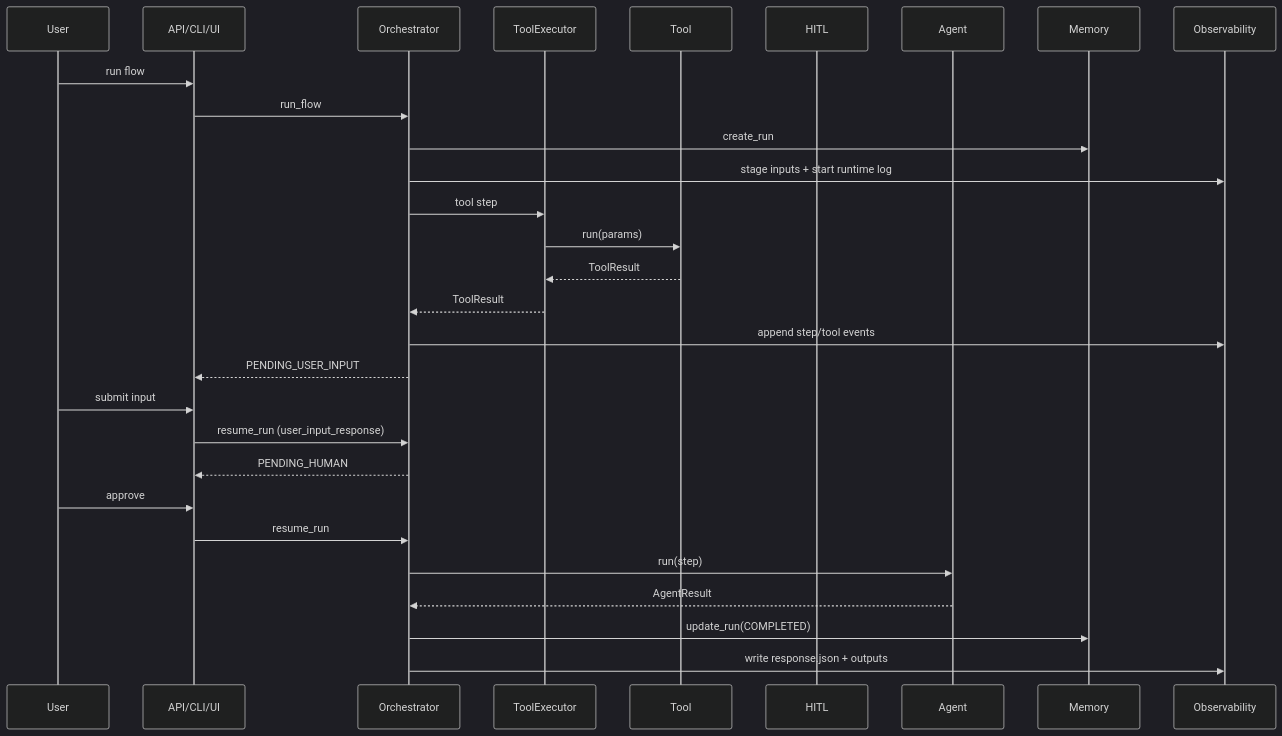
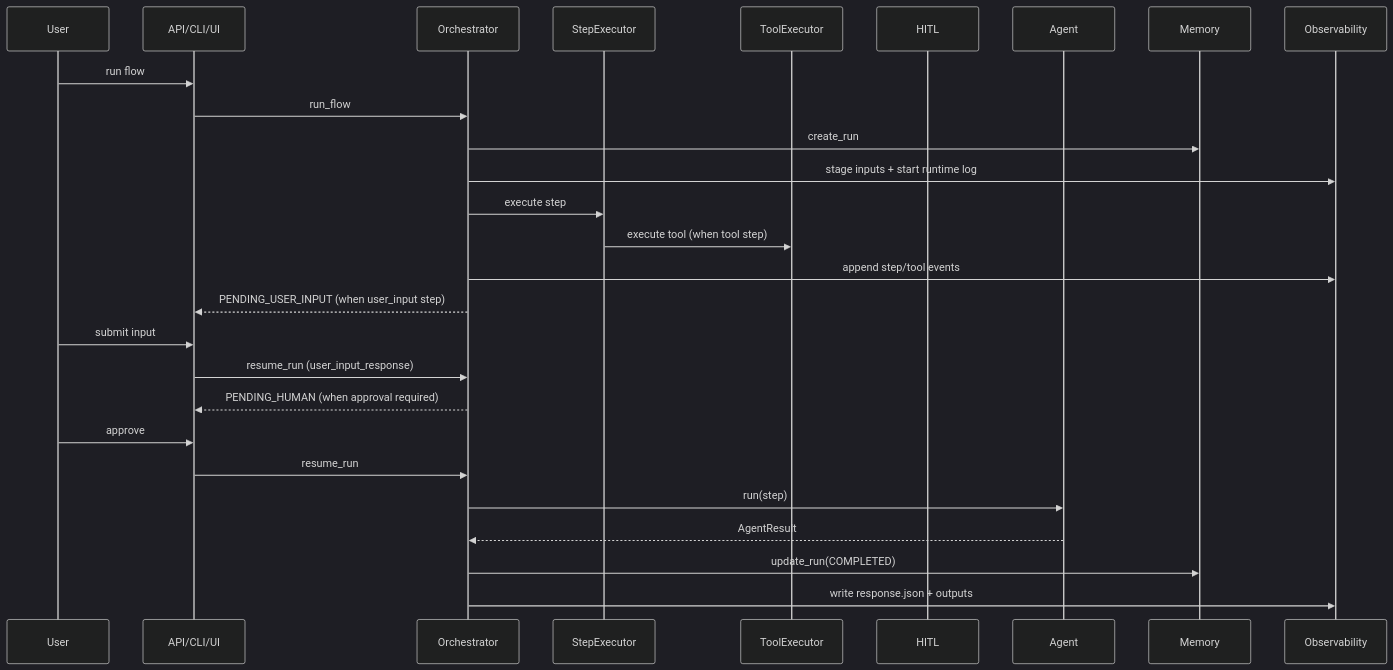
One commit to chethanp11/master changed the second of 5 diagrams in docs/overview.md. Above: the diagram before and after it, drawn with Mermaid (dark theme). The commit also changed other lines of this file and 12 other files, not shown here.

````diff
--- a/docs/overview.md
+++ b/docs/overview.md
@@ -67,32 +69,30 @@
 ```mermaid
 sequenceDiagram
   participant User
   participant Gateway as API/CLI/UI
   participant Orchestrator
+  participant StepExec as StepExecutor
   participant ToolExec as ToolExecutor
-  participant Tool
   participant HITL
   participant Agent
   participant Memory
   participant Observability
 
   User->>Gateway: run flow
   Gateway->>Orchestrator: run_flow
   Orchestrator->>Memory: create_run
   Orchestrator->>Observability: stage inputs + start runtime log
-  Orchestrator->>ToolExec: tool step
-  ToolExec->>Tool: run(params)
-  Tool-->>ToolExec: ToolResult
-  ToolExec-->>Orchestrator: ToolResult
+  Orchestrator->>StepExec: execute step
+  StepExec->>ToolExec: execute tool (when tool step)
   Orchestrator->>Observability: append step/tool events
-  Orchestrator-->>Gateway: PENDING_USER_INPUT
+  Orchestrator-->>Gateway: PENDING_USER_INPUT (when user_input step)
   User->>Gateway: submit input
   Gateway->>Orchestrator: resume_run (user_input_response)
-  Orchestrator-->>Gateway: PENDING_HUMAN
+  Orchestrator-->>Gateway: PENDING_HUMAN (when approval required)
   User->>Gateway: approve
   Gateway->>Orchestrator: resume_run
   Orchestrator->>Agent: run(step)
   Agent-->>Orchestrator: AgentResult
   Orchestrator->>Memory: update_run(COMPLETED)
   Orchestrator->>Observability: write response.json + outputs
 ```
````
